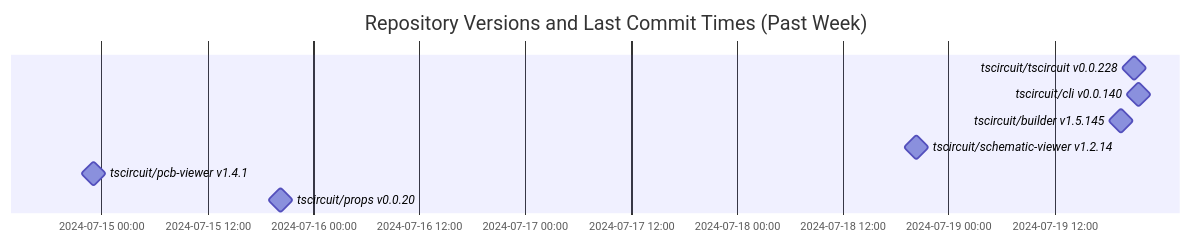
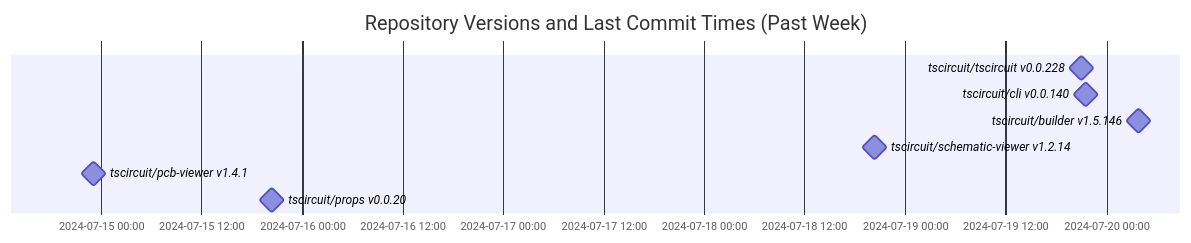
Before and after one commit to tscircuit/version-tracker: the diagram in README.md, drawn with Mermaid.

Commit message:
Update chart

````diff
--- a/README.md
+++ b/README.md
@@ -1,13 +1,13 @@
 ```mermaid
 gantt
   dateFormat  YYYY-MM-DD HH:mm:ss
   title Repository Versions and Last Commit Times (Past Week)
   axisFormat %Y-%m-%d %H:%M
 
   tscircuit/tscircuit v0.0.228 : milestone, 2024-07-19 21:01:38, 1s
   tscircuit/cli v0.0.140 : milestone, 2024-07-19 21:30:40, 1s
-  tscircuit/builder v1.5.145 : milestone, 2024-07-19 19:27:21, 1s
+  tscircuit/builder v1.5.146 : milestone, 2024-07-20 03:52:26, 1s
   tscircuit/schematic-viewer v1.2.14 : milestone, 2024-07-18 20:20:40, 1s
   tscircuit/pcb-viewer v1.4.1 : milestone, 2024-07-14 23:05:20, 1s
   tscircuit/props v0.0.20 : milestone, 2024-07-15 20:19:59, 1s
 ```
````
